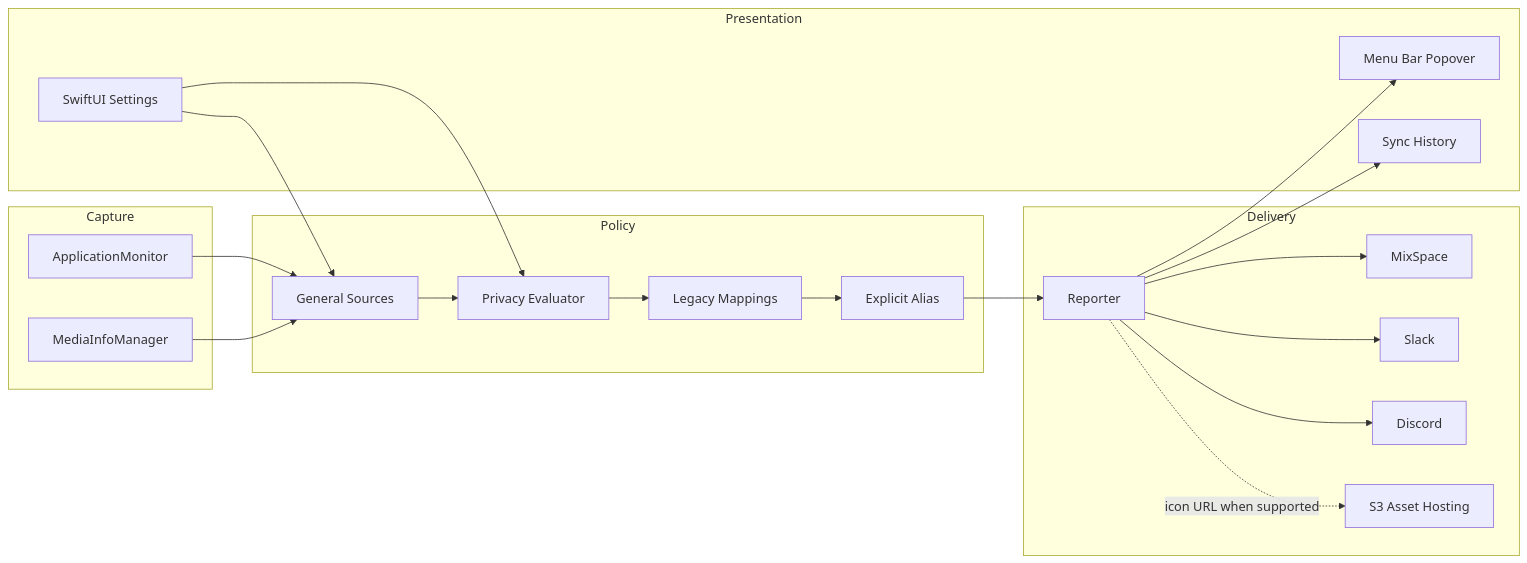
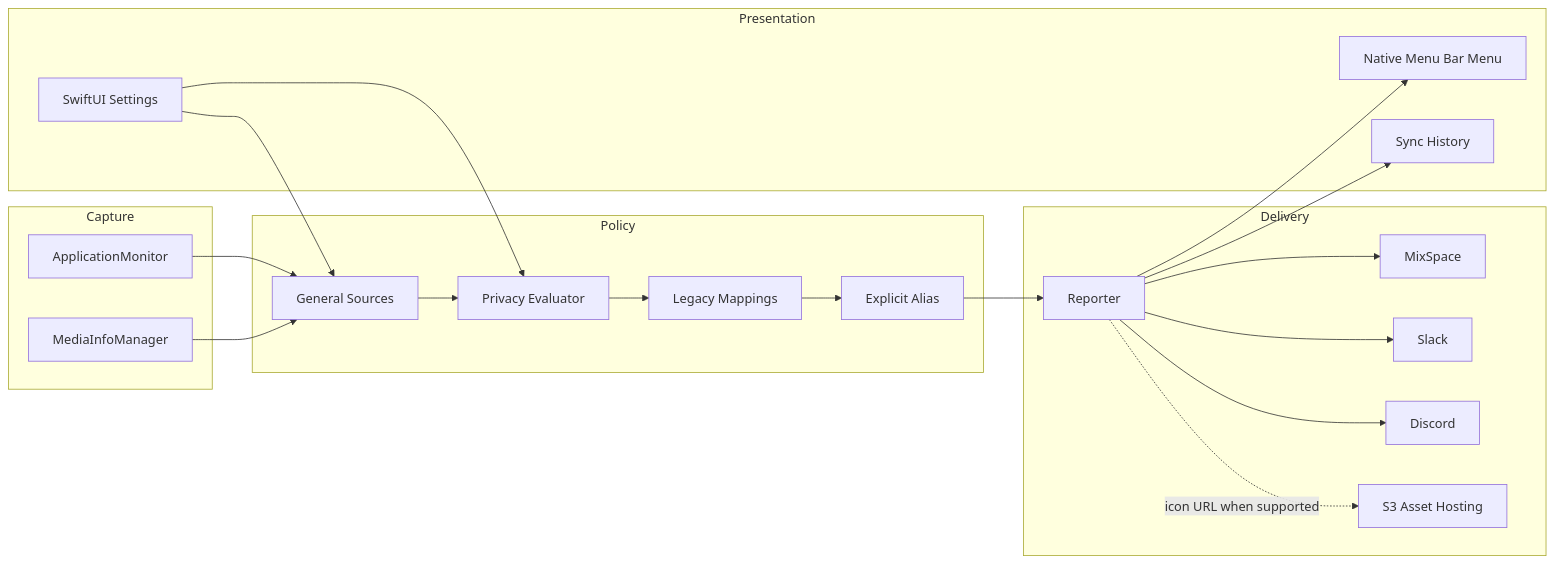
The first of 4 diagrams in ARCHITECTURE.md (Innei/ProcessReporter), drawn with Mermaid before and after one commit. The commit also changed other lines of this file and 10 other files, not shown here.

Commit message:
feat: use native menu bar menu

````diff
--- a/ARCHITECTURE.md
+++ b/ARCHITECTURE.md
@@ -14,40 +14,40 @@
 ```mermaid
 flowchart LR
   subgraph Capture
     APP["ApplicationMonitor"]
     MEDIA["MediaInfoManager"]
   end
 
   subgraph Policy
     SOURCES["General Sources"]
     RULES["Privacy Evaluator"]
     MAP["Legacy Mappings"]
     ALIAS["Explicit Alias"]
   end
 
   subgraph Delivery
     REPORTER["Reporter"]
     MIX["MixSpace"]
     SLACK["Slack"]
     DISCORD["Discord"]
     ASSET["S3 Asset Hosting"]
   end
 
   subgraph Presentation
-    MENU["Menu Bar Popover"]
+    MENU["Native Menu Bar Menu"]
     SETTINGS["SwiftUI Settings"]
     HISTORY["Sync History"]
   end
 
   APP --> SOURCES
   MEDIA --> SOURCES
   SOURCES --> RULES --> MAP --> ALIAS --> REPORTER
   REPORTER --> MENU
   REPORTER --> MIX
   REPORTER --> SLACK
   REPORTER --> DISCORD
   REPORTER -. "icon URL when supported" .-> ASSET
   REPORTER --> HISTORY
   SETTINGS --> SOURCES
   SETTINGS --> RULES
 ```
````
